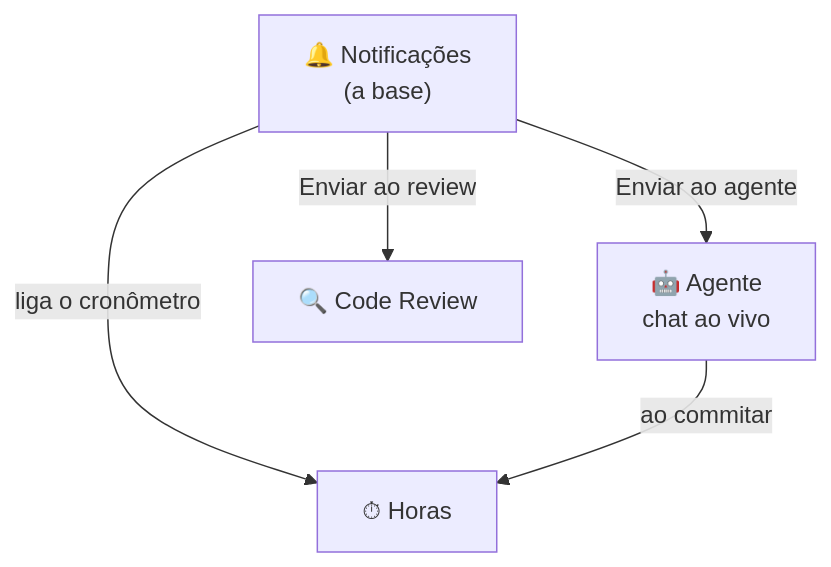
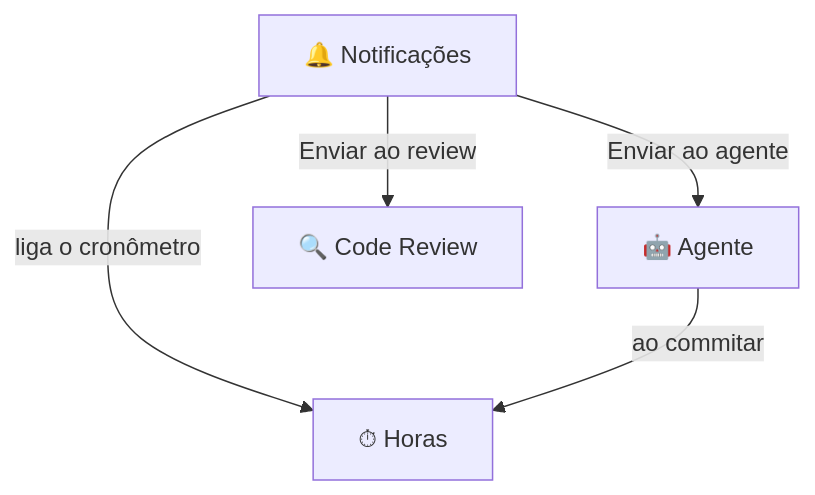
One commit to RonaldoCDRinaldiDev/jira-dev-agent changed the second of 3 diagrams in README.md. Above: the diagram before and after it, drawn with Mermaid. The commit also changed other lines of this file and 11 other files, not shown here.

````diff
--- a/README.md
+++ b/README.md
@@ -62,7 +94,7 @@
 ```mermaid
 flowchart TD
-  N["🔔 Notificações<br/>(a base)"] -->|Enviar ao agente| A["🤖 Agente<br/>chat ao vivo"]
+  N["🔔 Notificações"] -->|Enviar ao agente| A["🤖 Agente"]
   N -->|Enviar ao review| R["🔍 Code Review"]
   N -->|liga o cronômetro| H["⏱ Horas"]
   A -->|ao commitar| H
 ```
````
